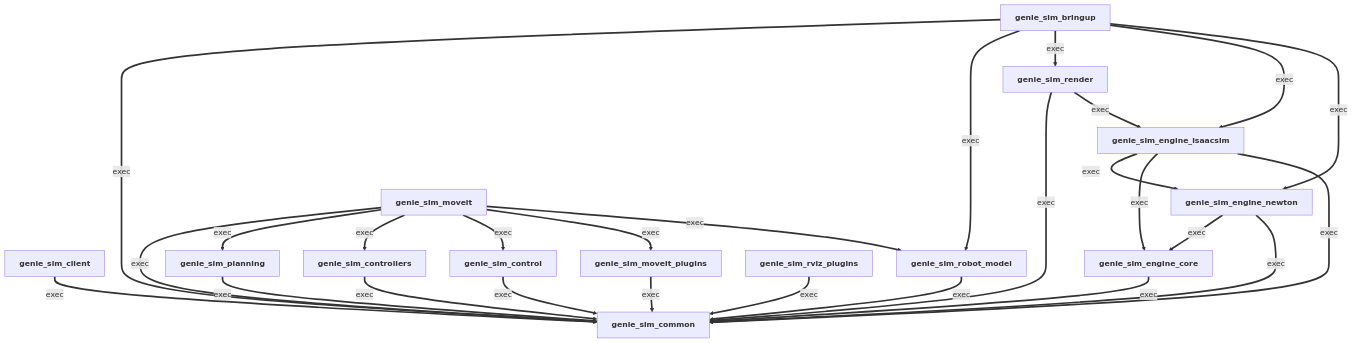
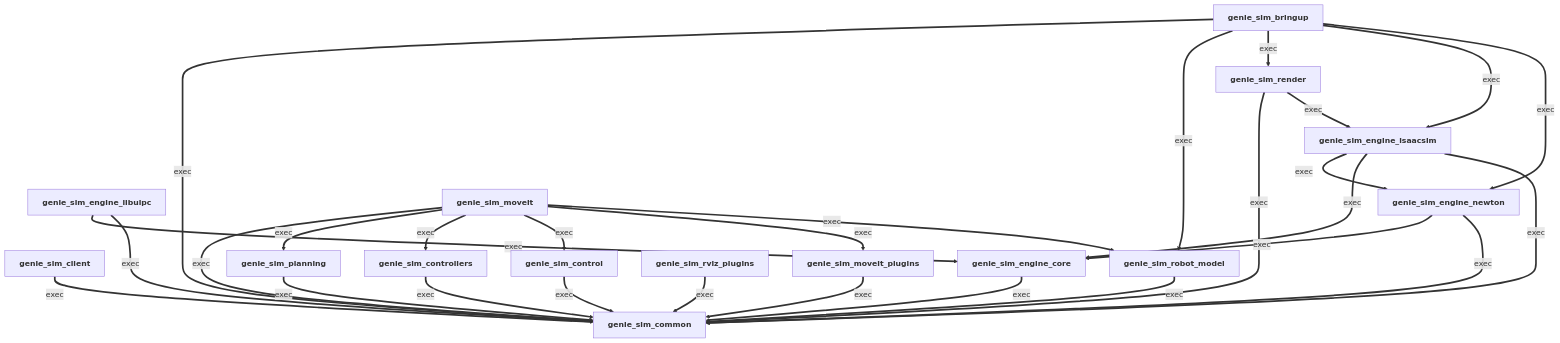
One commit to AgibotTech/genie_sim changed the diagram in source/geniesim_ros/README.md. Above: the diagram before and after it, drawn with Mermaid. The commit also changed other lines of this file and 79 other files, not shown here.

````diff
--- a/source/geniesim_ros/README.md
+++ b/source/geniesim_ros/README.md
@@ -227,49 +227,52 @@
 ```mermaid
 graph TD
   %% Auto-generated by `geniesim tool ros-dag --fix`.
   %% Edges: -->|build|/|buildtool| build-time deps;
   %%        ==>|exec| runtime deps; -.->|test| test deps.
   %% Source: source/geniesim_ros/src/ros_ws/src/*/package.xml.
 
   genie_sim_bringup["<b>genie_sim_bringup</b>"]
   genie_sim_client["<b>genie_sim_client</b>"]
   genie_sim_common["<b>genie_sim_common</b>"]
   genie_sim_control["<b>genie_sim_control</b>"]
   genie_sim_controllers["<b>genie_sim_controllers</b>"]
   genie_sim_engine_core["<b>genie_sim_engine_core</b>"]
   genie_sim_engine_isaacsim["<b>genie_sim_engine_isaacsim</b>"]
+  genie_sim_engine_libuipc["<b>genie_sim_engine_libuipc</b>"]
   genie_sim_engine_newton["<b>genie_sim_engine_newton</b>"]
   genie_sim_moveit["<b>genie_sim_moveit</b>"]
   genie_sim_moveit_plugins["<b>genie_sim_moveit_plugins</b>"]
   genie_sim_planning["<b>genie_sim_planning</b>"]
   genie_sim_render["<b>genie_sim_render</b>"]
   genie_sim_robot_model["<b>genie_sim_robot_model</b>"]
   genie_sim_rviz_plugins["<b>genie_sim_rviz_plugins</b>"]
 
   genie_sim_bringup ==>|exec| genie_sim_engine_newton
   genie_sim_bringup ==>|exec| genie_sim_engine_isaacsim
   genie_sim_bringup ==>|exec| genie_sim_render
   genie_sim_bringup ==>|exec| genie_sim_robot_model
   genie_sim_moveit ==>|exec| genie_sim_robot_model
   genie_sim_moveit ==>|exec| genie_sim_moveit_plugins
   genie_sim_moveit ==>|exec| genie_sim_control
   genie_sim_moveit ==>|exec| genie_sim_controllers
   genie_sim_moveit ==>|exec| genie_sim_planning
   genie_sim_render ==>|exec| genie_sim_engine_isaacsim
   genie_sim_bringup ==>|exec| genie_sim_common
   genie_sim_client ==>|exec| genie_sim_common
   genie_sim_control ==>|exec| genie_sim_common
   genie_sim_controllers ==>|exec| genie_sim_common
   genie_sim_engine_core ==>|exec| genie_sim_common
   genie_sim_engine_isaacsim ==>|exec| genie_sim_common
   genie_sim_engine_isaacsim ==>|exec| genie_sim_engine_core
   genie_sim_engine_isaacsim ==>|exec| genie_sim_engine_newton
+  genie_sim_engine_libuipc ==>|exec| genie_sim_common
+  genie_sim_engine_libuipc ==>|exec| genie_sim_engine_core
   genie_sim_engine_newton ==>|exec| genie_sim_common
   genie_sim_engine_newton ==>|exec| genie_sim_engine_core
   genie_sim_moveit ==>|exec| genie_sim_common
   genie_sim_moveit_plugins ==>|exec| genie_sim_common
   genie_sim_planning ==>|exec| genie_sim_common
   genie_sim_render ==>|exec| genie_sim_common
   genie_sim_robot_model ==>|exec| genie_sim_common
   genie_sim_rviz_plugins ==>|exec| genie_sim_common
 ```
````
